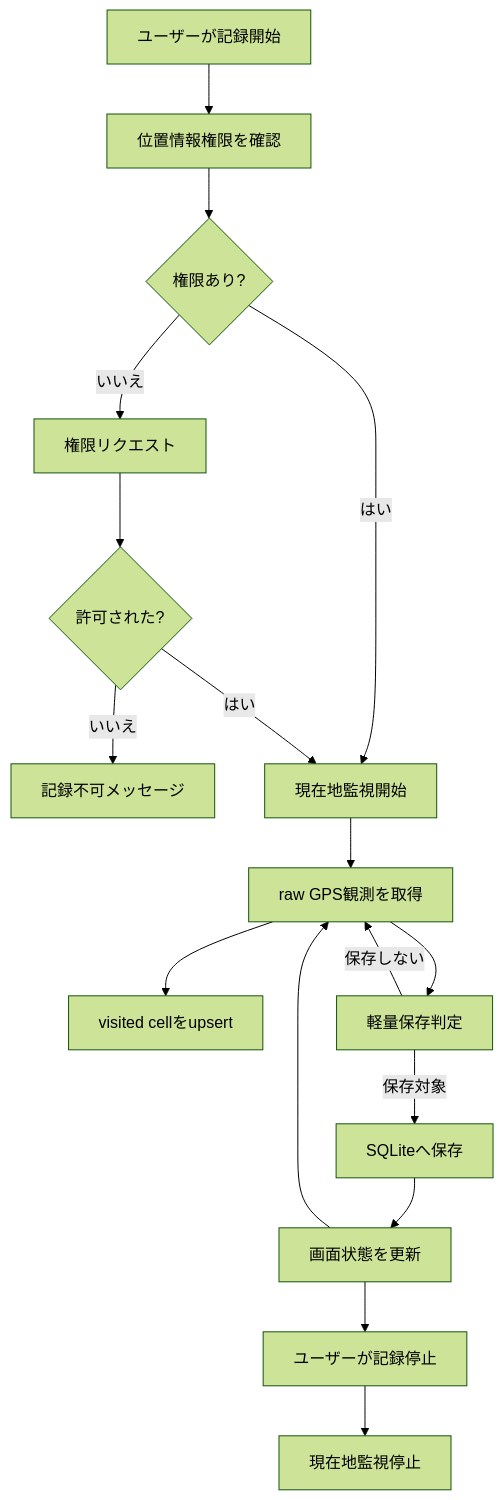
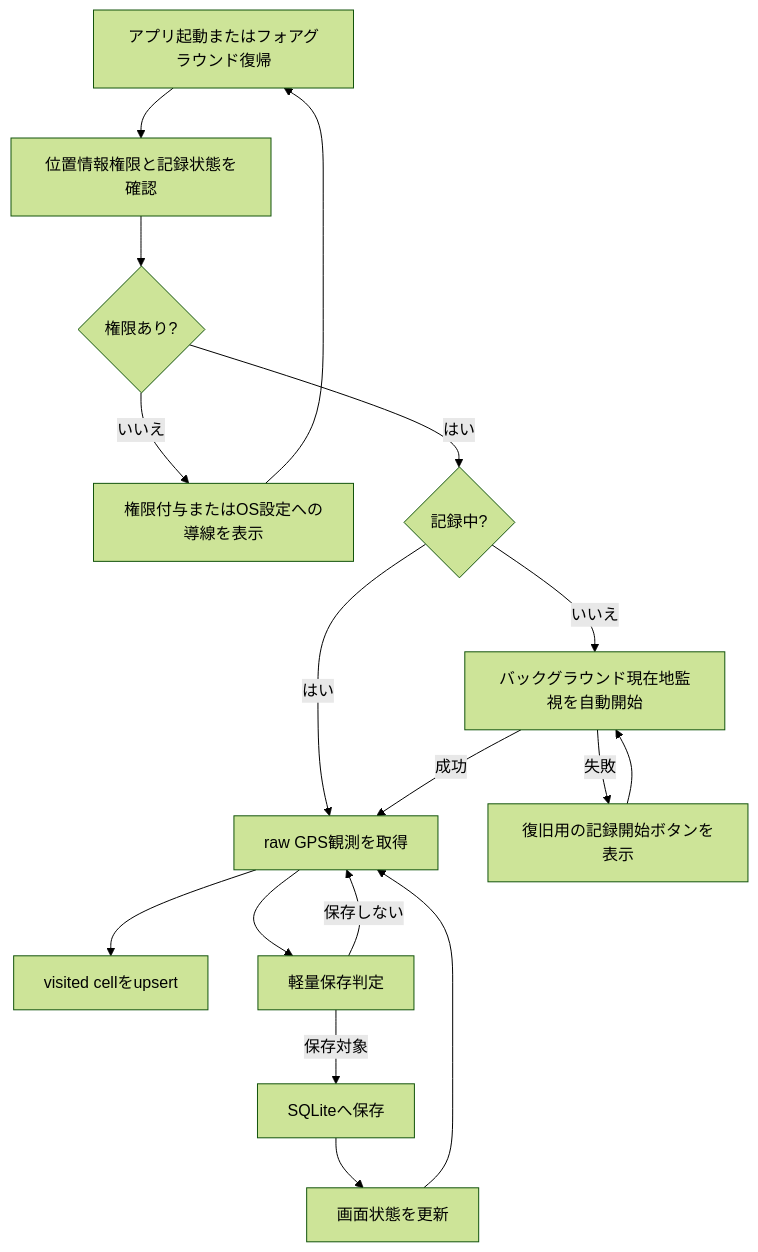
The first of 3 diagrams in docs/architecture.md (kazuki19992/strollia), drawn with Mermaid (forest theme) before and after one commit. The commit also changed other lines of this file and 2 other files, not shown here.

Commit message:
docs: 自動GPS記録の仕様を反映

````diff
--- a/docs/architecture.md
+++ b/docs/architecture.md
@@ -92,19 +92,19 @@
 ```mermaid
 flowchart TD
-  A[ユーザーが記録開始] --> B[位置情報権限を確認]
+  A[アプリ起動またはフォアグラウンド復帰] --> B[位置情報権限と記録状態を確認]
   B --> C{権限あり?}
-  C -->|いいえ| D[権限リクエスト]
-  D --> E{許可された?}
-  E -->|いいえ| F[記録不可メッセージ]
-  C -->|はい| G[現在地監視開始]
-  E -->|はい| G
-  G --> H[raw GPS観測を取得]
+  C -->|いいえ| D[権限付与またはOS設定への導線を表示]
+  D --> A
+  C -->|はい| E{記録中?}
+  E -->|はい| H[raw GPS観測を取得]
+  E -->|いいえ| G[バックグラウンド現在地監視を自動開始]
+  G -->|失敗| F[復旧用の記録開始ボタンを表示]
+  F --> G
+  G -->|成功| H
   H --> N[visited cellをupsert]
   H --> I[軽量保存判定]
   I -->|保存対象| J[SQLiteへ保存]
   I -->|保存しない| H
   J --> K[画面状態を更新]
   K --> H
-  K --> L[ユーザーが記録停止]
-  L --> M[現在地監視停止]
 ```
````
